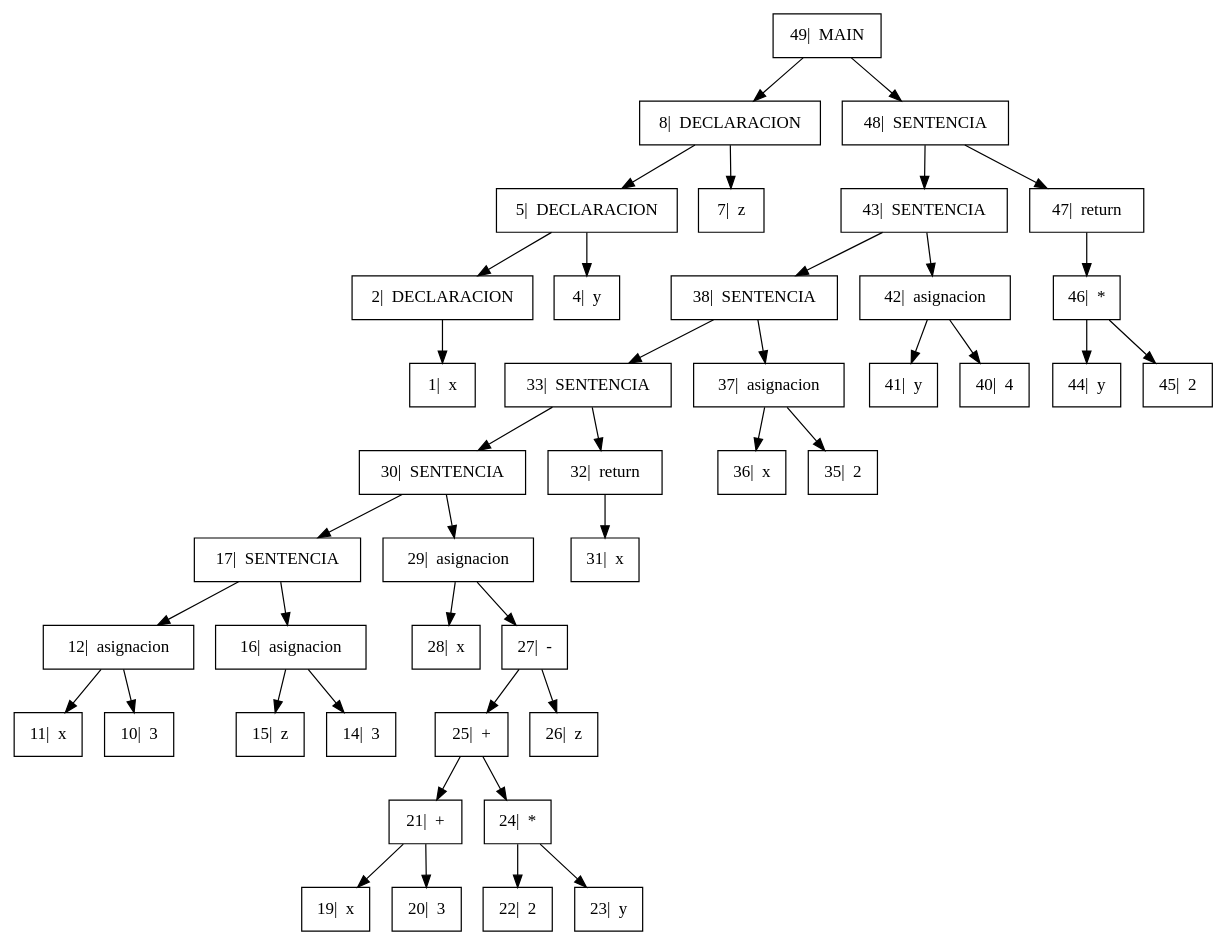
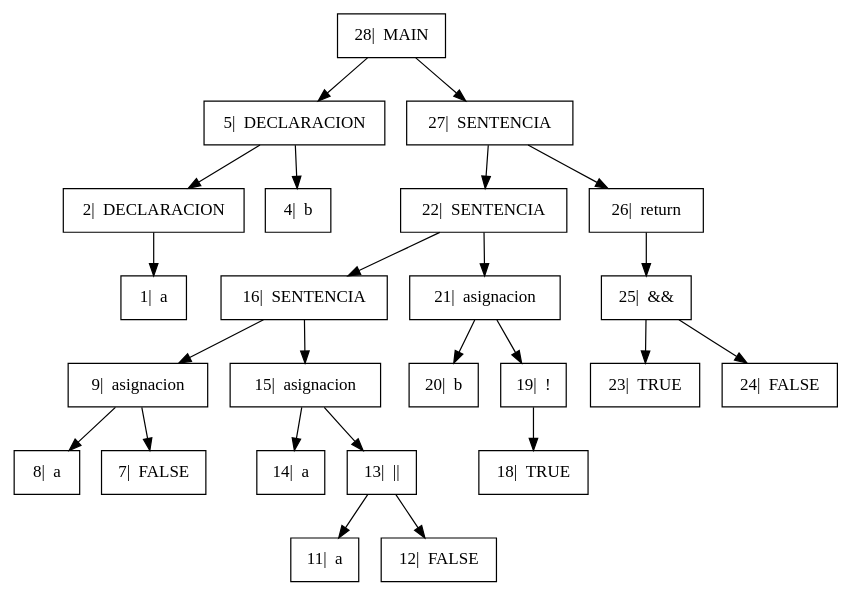
The diagram in Proyecto/Arbol.dot (GiovA07/PRE-PROYECTO-COMPILADORES), drawn with Graphviz before and after one commit. The commit also changed 12 other files, not shown here.

```diff
--- a/Proyecto/Arbol.dot
+++ b/Proyecto/Arbol.dot
@@ -1,28 +1,19 @@
 digraph{
 
 rankdir=TB;
 
 node[shape=box];
-"49|  MAIN" -> "8|  DECLARACION", "48|  SENTENCIA";
-"8|  DECLARACION" -> "5|  DECLARACION", "7|  z";
-"5|  DECLARACION" -> "2|  DECLARACION", "4|  y";
-"2|  DECLARACION" -> "1|  x" ;
-"48|  SENTENCIA" -> "43|  SENTENCIA", "47|  return";
-"43|  SENTENCIA" -> "38|  SENTENCIA", "42|  asignacion";
-"38|  SENTENCIA" -> "33|  SENTENCIA", "37|  asignacion";
-"33|  SENTENCIA" -> "30|  SENTENCIA", "32|  return";
-"30|  SENTENCIA" -> "17|  SENTENCIA", "29|  asignacion";
-"17|  SENTENCIA" -> "12|  asignacion", "16|  asignacion";
-"12|  asignacion" -> "11|  x", "10|  3";
-"16|  asignacion" -> "15|  z", "14|  3";
-"29|  asignacion" -> "28|  x", "27|  -";
-"27|  -" -> "25|  +", "26|  z";
-"25|  +" -> "21|  +", "24|  *";
-"21|  +" -> "19|  x", "20|  3";
-"24|  *" -> "22|  2", "23|  y";
-"32|  return" -> "31|  x" ;
-"37|  asignacion" -> "36|  x", "35|  2";
-"42|  asignacion" -> "41|  y", "40|  4";
-"47|  return" -> "46|  *" ;
-"46|  *" -> "44|  y", "45|  2";
+"28|  MAIN" -> "5|  DECLARACION", "27|  SENTENCIA";
+"5|  DECLARACION" -> "2|  DECLARACION", "4|  b";
+"2|  DECLARACION" -> "1|  a" ;
+"27|  SENTENCIA" -> "22|  SENTENCIA", "26|  return";
+"22|  SENTENCIA" -> "16|  SENTENCIA", "21|  asignacion";
+"16|  SENTENCIA" -> "9|  asignacion", "15|  asignacion";
+"9|  asignacion" -> "8|  a", "7|  FALSE";
+"15|  asignacion" -> "14|  a", "13|  ||";
+"13|  ||" -> "11|  a", "12|  FALSE";
+"21|  asignacion" -> "20|  b", "19|  !";
+"19|  !" -> "18|  TRUE" ;
+"26|  return" -> "25|  &&" ;
+"25|  &&" -> "23|  TRUE", "24|  FALSE";
 }
```
